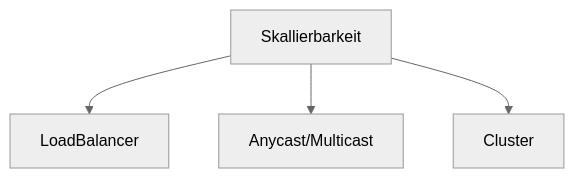
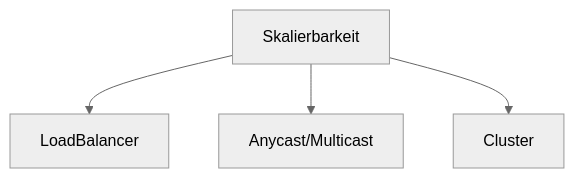
One commit to johannesloetzsch/LF10b changed the diagram in src/skalierbarkeit.md. Above: the diagram before and after it, drawn with Mermaid (neutral theme). The commit also changed other lines of this file and 4 other files, not shown here.

````diff
--- a/src/skalierbarkeit.md
+++ b/src/skalierbarkeit.md
@@ -3,6 +7,6 @@
 ```mermaid
 flowchart TB
-  Skallierbarkeit --> LoadBalancer
-  Skallierbarkeit --> Anycast/Multicast
-  Skallierbarkeit --> Cluster
+  Skalierbarkeit --> LoadBalancer
+  Skalierbarkeit --> Anycast/Multicast
+  Skalierbarkeit --> Cluster
 ```
````
